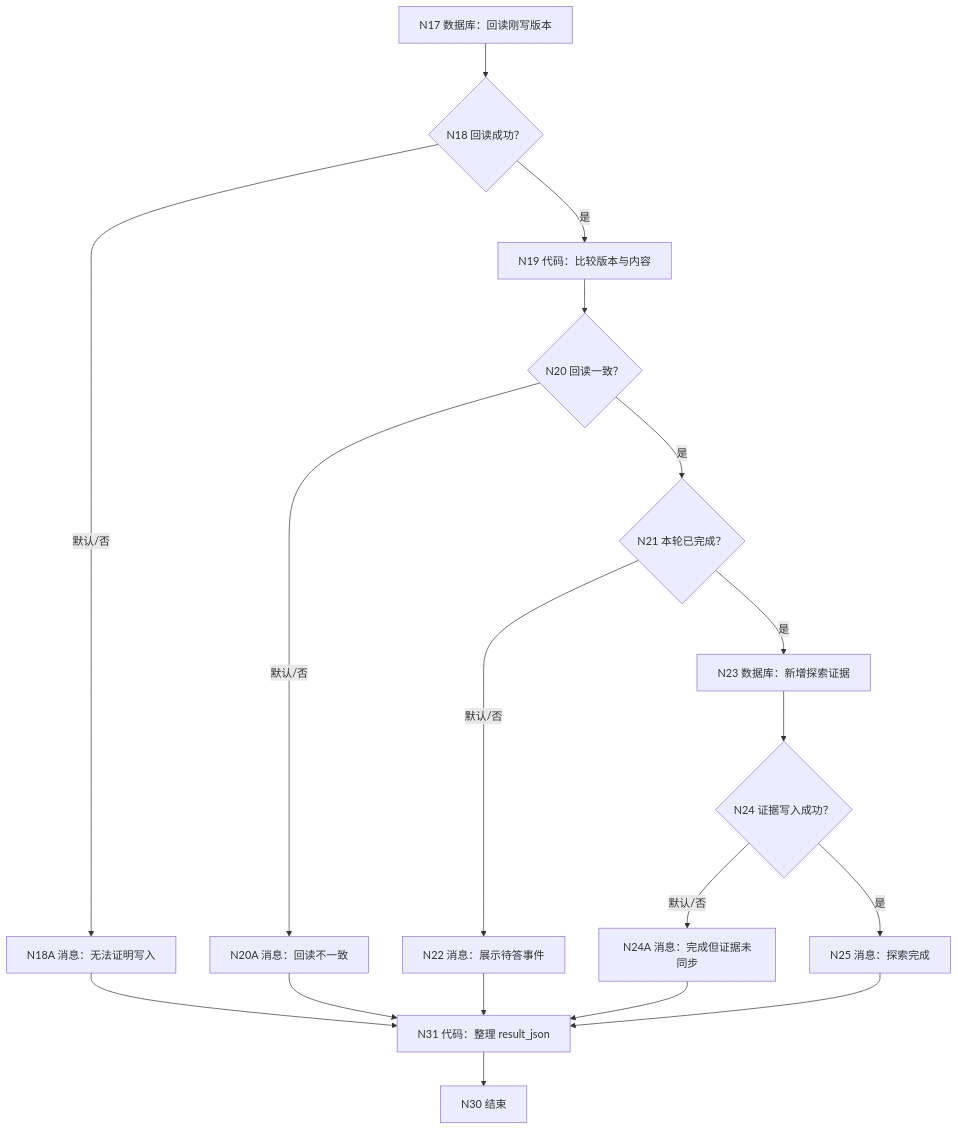
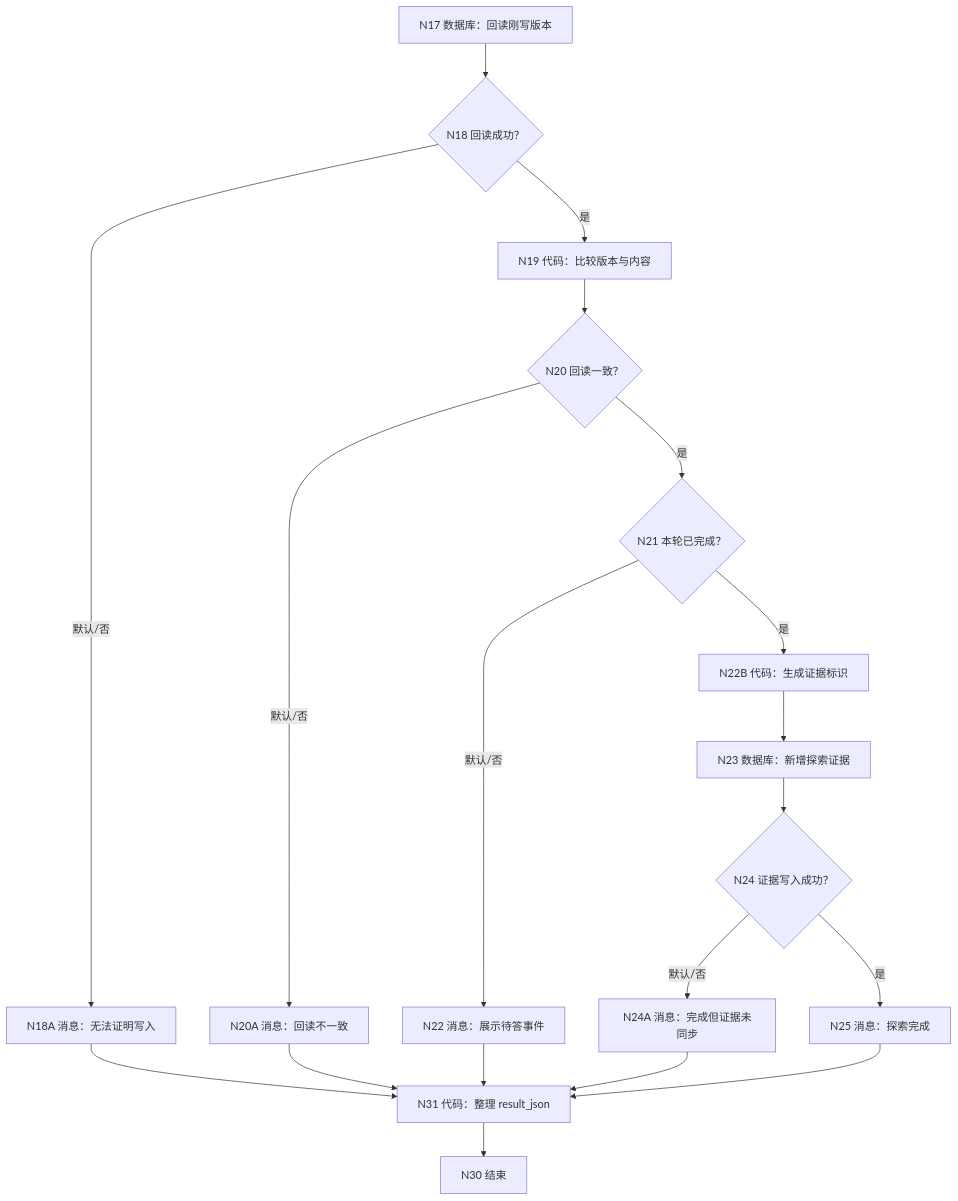
The third of 3 diagrams in docs/workflows/WF-02-virtual-university.md (caoyue0115/university-life-planning-simulator), drawn with Mermaid before and after one commit. The commit also changed other lines of this file and 10 other files, not shown here.

````diff
--- a/docs/workflows/WF-02-virtual-university.md
+++ b/docs/workflows/WF-02-virtual-university.md
@@ -91,20 +91,21 @@
 ```mermaid
 flowchart TD
     N17["N17 数据库：回读刚写版本"] --> N18{"N18 回读成功？"}
     N18 -->|默认/否| N18A["N18A 消息：无法证明写入"]
     N18 -->|是| N19["N19 代码：比较版本与内容"]
     N19 --> N20{"N20 回读一致？"}
     N20 -->|默认/否| N20A["N20A 消息：回读不一致"]
     N20 -->|是| N21{"N21 本轮已完成？"}
     N21 -->|默认/否| N22["N22 消息：展示待答事件"]
-    N21 -->|是| N23["N23 数据库：新增探索证据"]
+    N21 -->|是| N22B["N22B 代码：生成证据标识"]
+    N22B --> N23["N23 数据库：新增探索证据"]
     N23 --> N24{"N24 证据写入成功？"}
     N24 -->|默认/否| N24A["N24A 消息：完成但证据未同步"]
     N24 -->|是| N25["N25 消息：探索完成"]
     N18A --> N31["N31 代码：整理 result_json"]
     N20A --> N31
     N22 --> N31
     N24A --> N31
     N25 --> N31
     N31 --> N30["N30 结束"]
 ```
````
